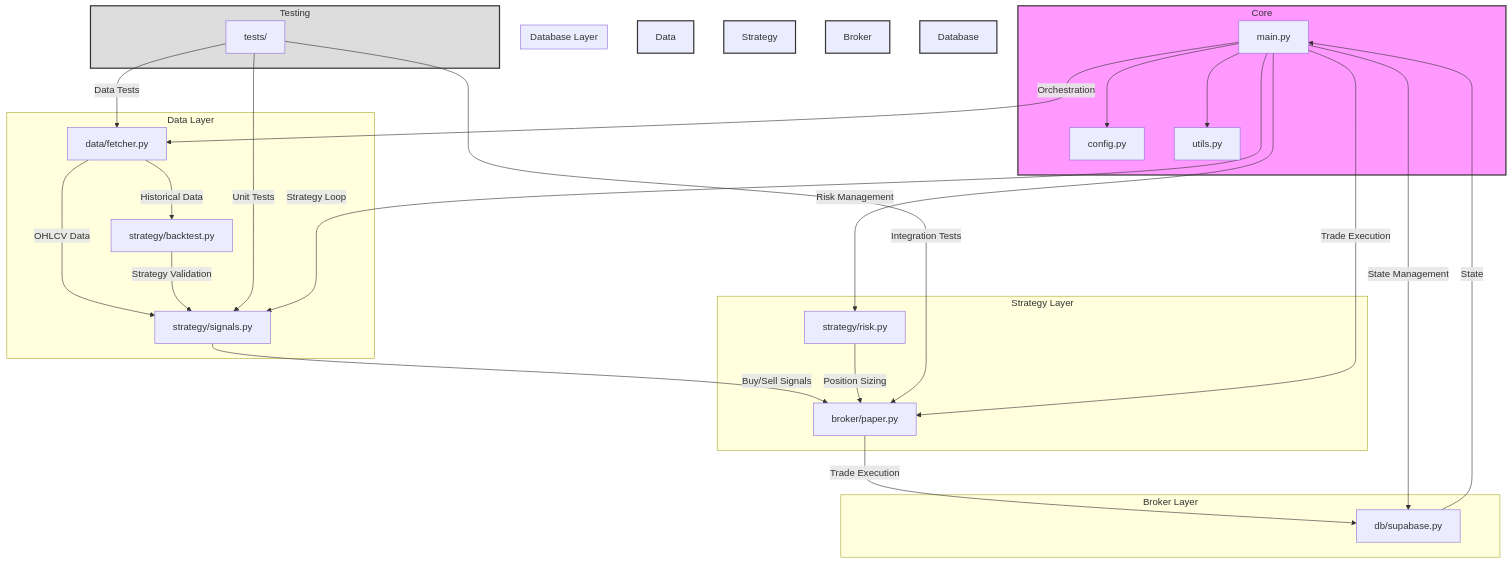
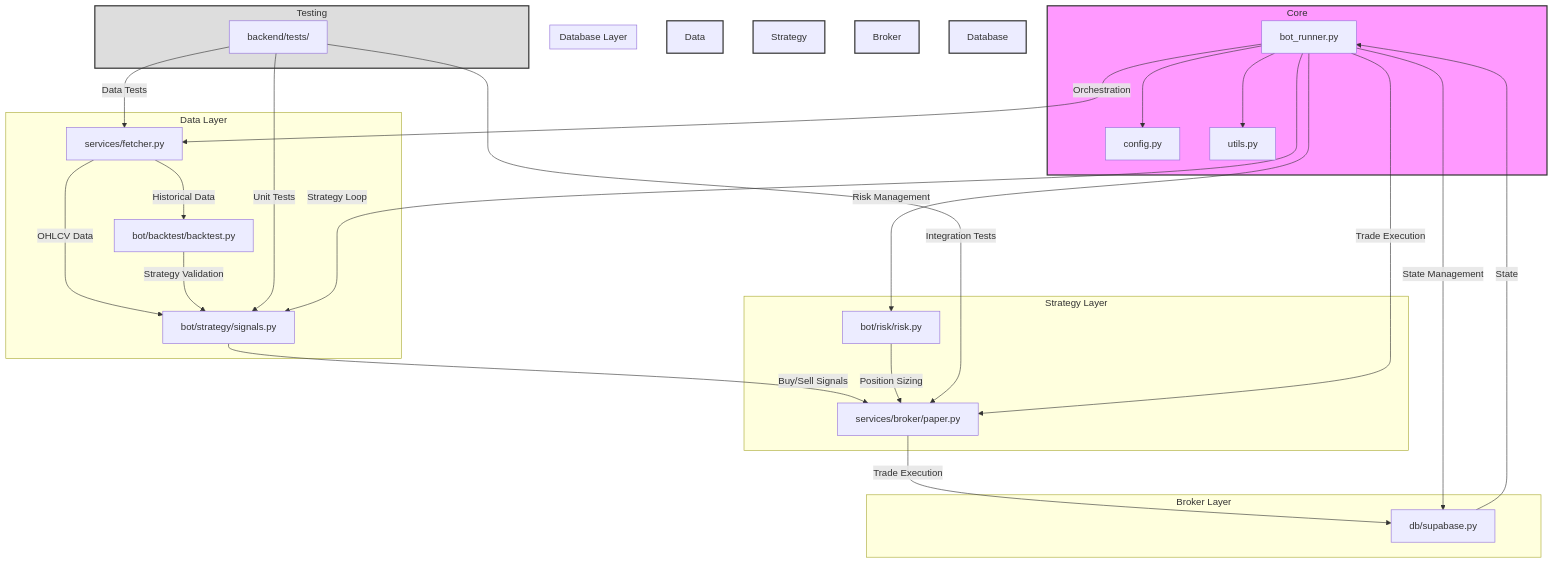
Before and after one commit to NickKasten/qual-quant: the second of 2 diagrams in docs/README.md, drawn with Mermaid. The commit also changed other lines of this file and 4 other files, not shown here.

````diff
--- a/docs/README.md
+++ b/docs/README.md
@@ -154,45 +145,45 @@
 ```mermaid
 graph TD
     subgraph Core
-        Main[main.py] --> Config[config.py]
+        Main[bot_runner.py] --> Config[config.py]
         Main --> Utils[utils.py]
     end
 
     subgraph Data Layer
-        Fetcher[data/fetcher.py] --> |OHLCV Data| Signals
+        Fetcher[services/fetcher.py] --> |OHLCV Data| Signals
         Fetcher --> |Historical Data| Backtest
     end
 
     subgraph Strategy Layer
-        Signals[strategy/signals.py] --> |Buy/Sell Signals| Paper
-        Risk[strategy/risk.py] --> |Position Sizing| Paper
-        Backtest[strategy/backtest.py] --> |Strategy Validation| Signals
+        Signals[bot/strategy/signals.py] --> |Buy/Sell Signals| Paper
+        Risk[bot/risk/risk.py] --> |Position Sizing| Paper
+        Backtest[bot/backtest/backtest.py] --> |Strategy Validation| Signals
     end
 
     subgraph Broker Layer
-        Paper[broker/paper.py] --> |Trade Execution| DB
+        Paper[services/broker/paper.py] --> |Trade Execution| DB
     end
 
     subgraph Database Layer
         DB[db/supabase.py] --> |State| Main
     end
 
     subgraph Testing
-        Tests[tests/] --> |Unit Tests| Signals
+        Tests[backend/tests/] --> |Unit Tests| Signals
         Tests --> |Integration Tests| Paper
         Tests --> |Data Tests| Fetcher
     end
 
     Main --> |Orchestration| Fetcher
     Main --> |Strategy Loop| Signals
     Main --> |Risk Management| Risk
     Main --> |Trade Execution| Paper
     Main --> |State Management| DB
 
     style Core fill:#f9f,stroke:#333,stroke-width:2px
     style Data Layer fill:#bbf,stroke:#333,stroke-width:2px
     style Strategy Layer fill:#bfb,stroke:#333,stroke-width:2px
     style Broker Layer fill:#fbb,stroke:#333,stroke-width:2px
     style Database Layer fill:#fbf,stroke:#333,stroke-width:2px
     style Testing fill:#ddd,stroke:#333,stroke-width:2px
 ```
````
